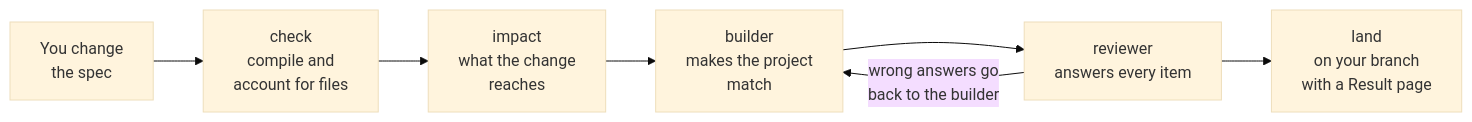
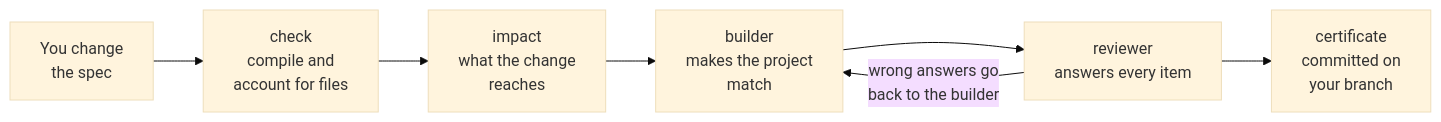
One commit to Glacius-Labs/Markitect changed the diagram in README.md. Above: the diagram before and after it, drawn with Mermaid (base theme). The commit also changed other lines of this file and 13 other files, not shown here.

````diff
--- a/README.md
+++ b/README.md
@@ -52,9 +52,9 @@
 ```mermaid
 flowchart LR
     Spec["You change<br/>the spec"] --> Check["check<br/>compile and<br/>account for files"]
     Check --> Impact["impact<br/>what the change<br/>reaches"]
     Impact --> Build["builder<br/>makes the project<br/>match"]
     Build --> Review["reviewer<br/>answers every item"]
     Review -->|"wrong answers go<br/>back to the builder"| Build
-    Review --> Land["land<br/>on your branch<br/>with a Result page"]
+    Review --> Land["certificate<br/>committed on<br/>your branch"]
 ```
````
